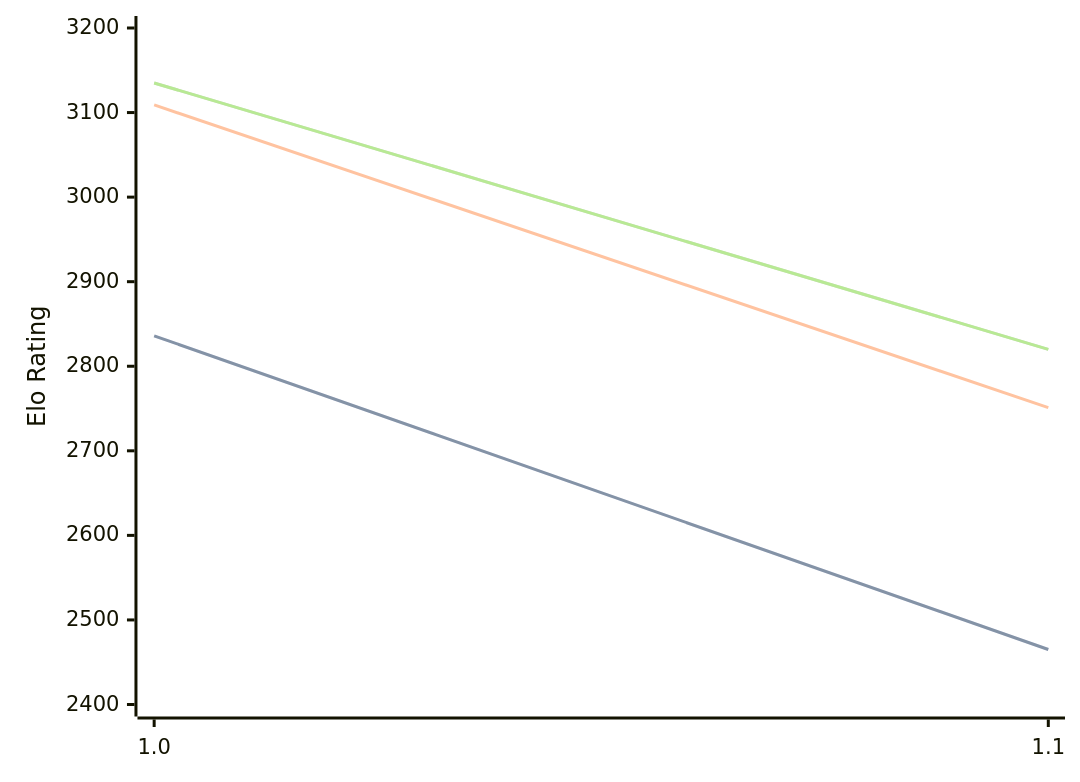
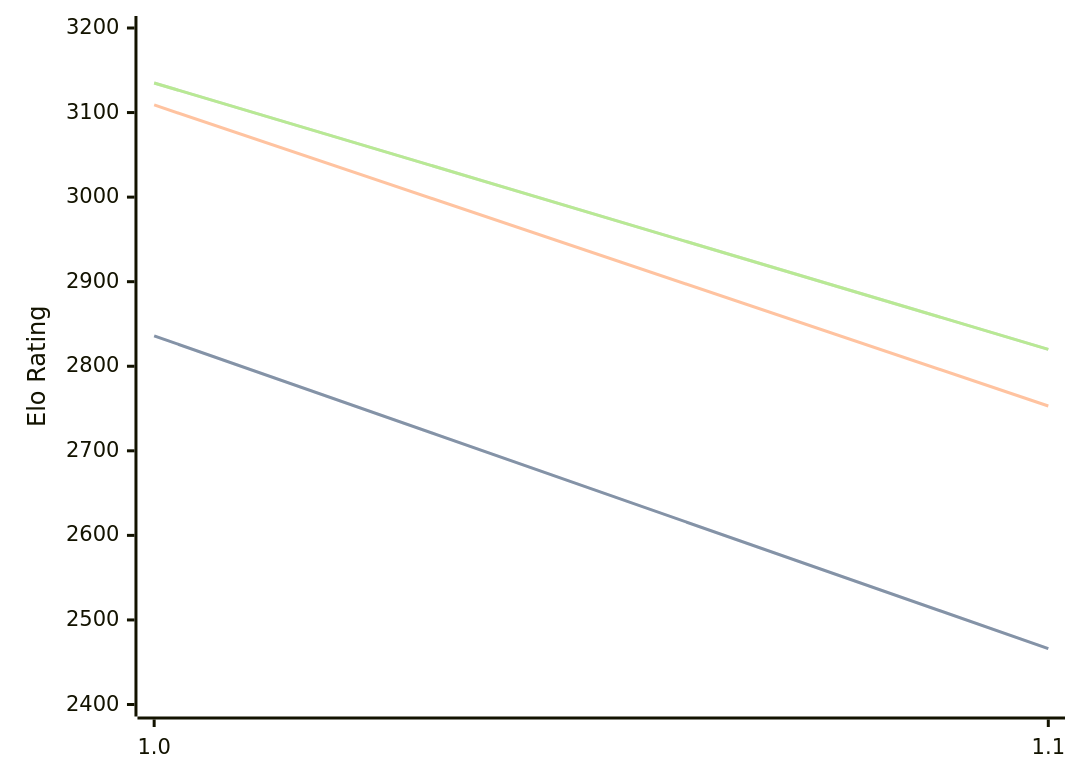
The diagram in engines/Publius.md (computer-chess-index/cci), drawn with Mermaid before and after one commit. The commit also changed other lines of this file, not shown here.

````diff
--- a/engines/Publius.md
+++ b/engines/Publius.md
@@ -32,11 +32,11 @@
 ```mermaid
 %%{init: {"theme":"base","themeVariables":{"seriesColors:['#a3a3a3','#222221','#faa371']}}}%%
 xychart-beta
   x-axis ["1.0", "1.1"]
   y-axis "Elo Rating" 2400 --> 3200
-  line "" [2836, 2465]
-  line "STC (8.0+0.08s)" [2836, 2465]
-  line "LTC (60.0+0.60s)" [3109, 2751]
+  line "" [2836, 2466]
+  line "STC (8.0+0.08s)" [2836, 2466]
+  line "LTC (60.0+0.60s)" [3109, 2753]
   line "" [3135, 2820]
   line "VLTC (2m24s+1.12s)" [3135, 2820]
 ```
````
